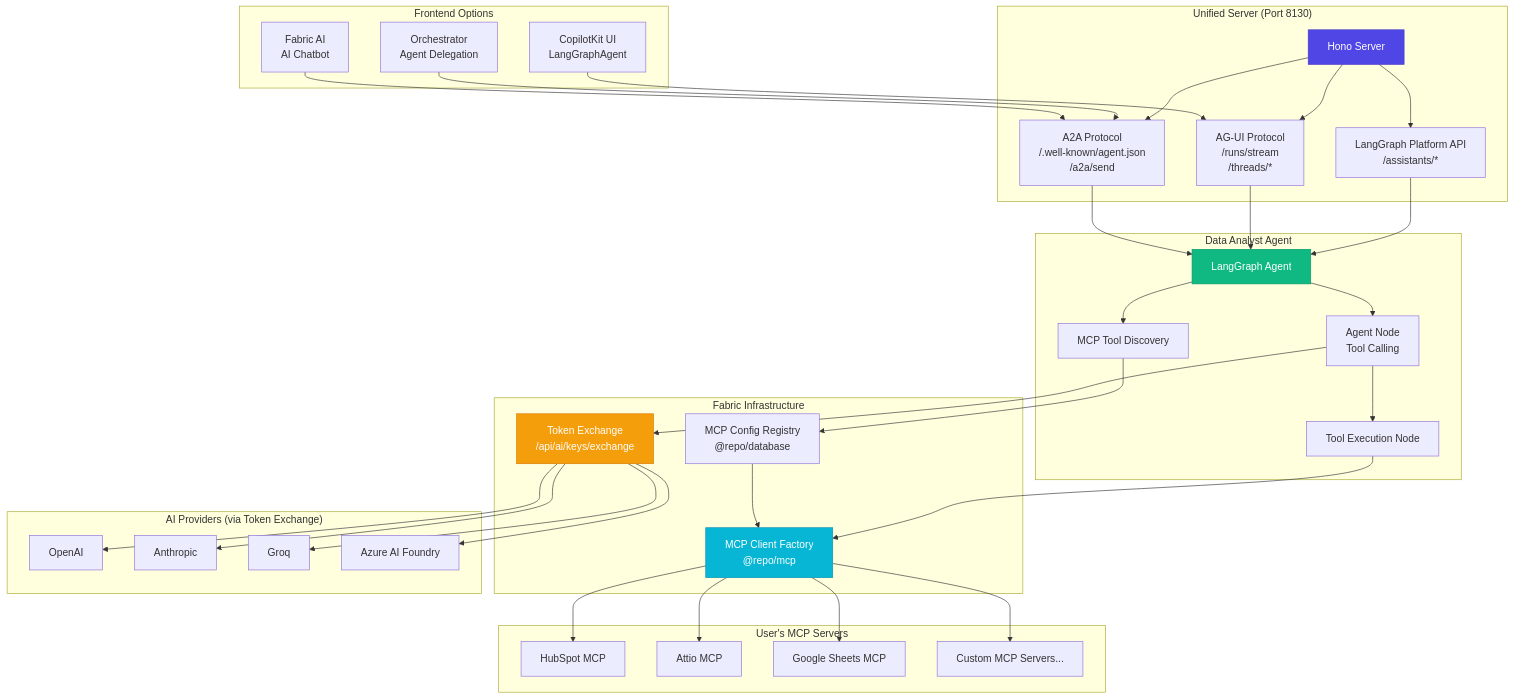
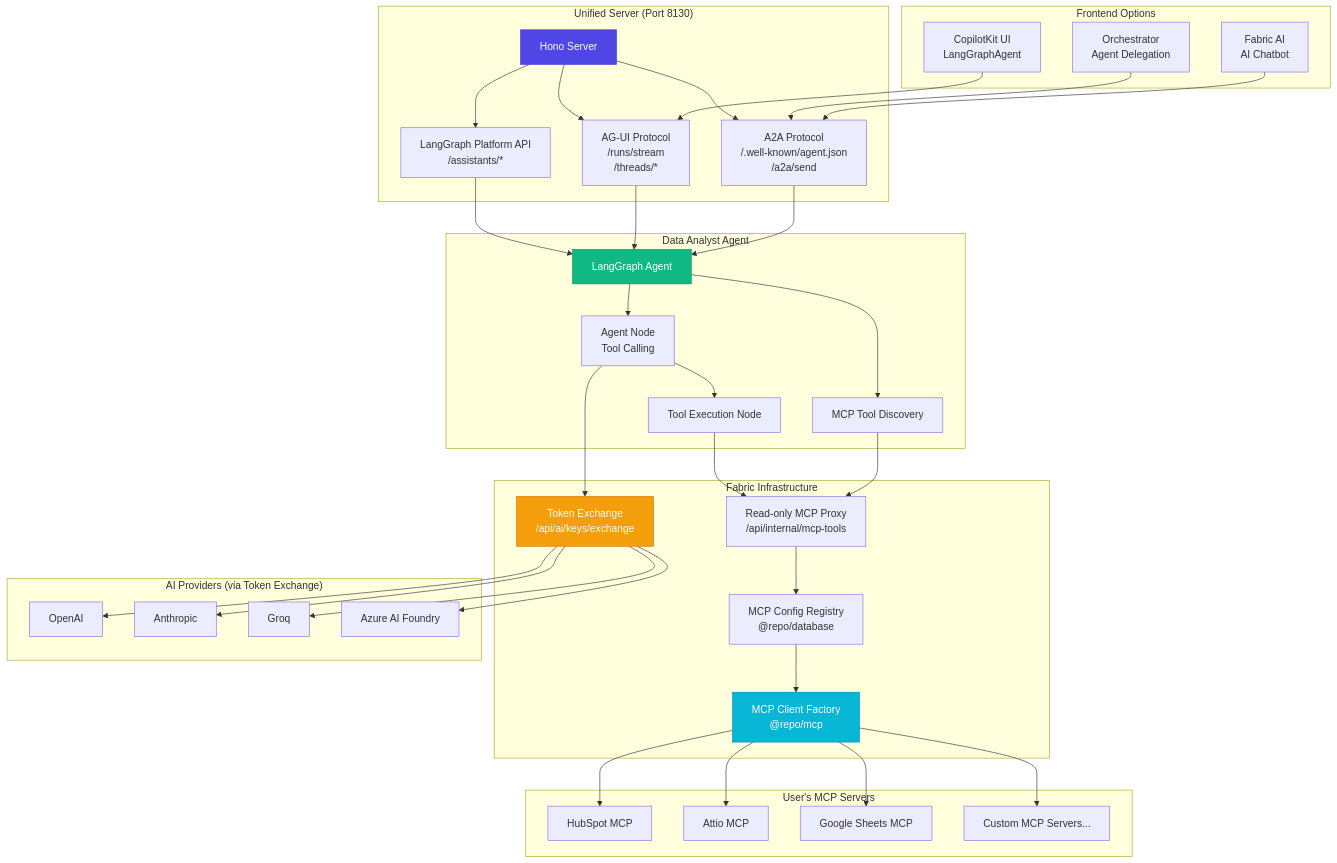
Before and after one commit to Fabric-Pro/fabric-oss: the diagram in agents/langchain/data-analyst/ARCHITECTURE-FABRIC.md, drawn with Mermaid. The commit also changed other lines of this file and 992 other files, not shown here.

````diff
--- a/agents/langchain/data-analyst/ARCHITECTURE-FABRIC.md
+++ b/agents/langchain/data-analyst/ARCHITECTURE-FABRIC.md
@@ -15,79 +20,81 @@
 ```mermaid
 graph TB
     subgraph "Frontend Options"
         CopilotKit[CopilotKit UI<br/>LangGraphAgent]
         FabricAI[Fabric AI<br/>AI Chatbot]
         Orchestrator[Orchestrator<br/>Agent Delegation]
     end
 
     subgraph "Unified Server (Port 8130)"
         UnifiedServer[Hono Server]
         A2A[A2A Protocol<br/>/.well-known/agent.json<br/>/a2a/send]
         AGUI[AG-UI Protocol<br/>/runs/stream<br/>/threads/*]
         LangGraphAPI[LangGraph Platform API<br/>/assistants/*]
     end
 
     subgraph "Data Analyst Agent"
         Graph[LangGraph Agent]
         ToolDiscovery[MCP Tool Discovery]
         AgentNode[Agent Node<br/>Tool Calling]
         ToolNode[Tool Execution Node]
     end
 
     subgraph "Fabric Infrastructure"
         TokenExchange[Token Exchange<br/>/api/ai/keys/exchange]
+        MCPProxy[Read-only MCP Proxy<br/>/api/internal/mcp-tools]
         MCPRegistry[MCP Config Registry<br/>@repo/database]
         MCPClient[MCP Client Factory<br/>@repo/mcp]
     end
 
     subgraph "User's MCP Servers"
         HubSpot[HubSpot MCP]
         Attio[Attio MCP]
         GoogleSheets[Google Sheets MCP]
         Custom[Custom MCP Servers...]
     end
 
     subgraph "AI Providers (via Token Exchange)"
         OpenAI[OpenAI]
         Anthropic[Anthropic]
         Groq[Groq]
         Azure[Azure AI Foundry]
     end
 
     %% Frontend to Server
     CopilotKit --> AGUI
     FabricAI --> A2A
     Orchestrator --> A2A
 
     %% Server to Agent
     UnifiedServer --> A2A
     UnifiedServer --> AGUI
     UnifiedServer --> LangGraphAPI
     A2A --> Graph
     AGUI --> Graph
     LangGraphAPI --> Graph
 
     %% Agent Flow
     Graph --> ToolDiscovery
-    ToolDiscovery --> MCPRegistry
+    ToolDiscovery --> MCPProxy
+    MCPProxy --> MCPRegistry
     MCPRegistry --> MCPClient
     MCPClient --> HubSpot
     MCPClient --> Attio
     MCPClient --> GoogleSheets
     MCPClient --> Custom
 
     Graph --> AgentNode
     AgentNode --> TokenExchange
     TokenExchange --> OpenAI
     TokenExchange --> Anthropic
     TokenExchange --> Groq
     TokenExchange --> Azure
 
     AgentNode --> ToolNode
-    ToolNode --> MCPClient
+    ToolNode --> MCPProxy
 
     style UnifiedServer fill:#4f46e5,stroke:#4338ca,color:#fff
     style Graph fill:#10b981,stroke:#059669,color:#fff
     style TokenExchange fill:#f59e0b,stroke:#d97706,color:#fff
     style MCPClient fill:#06b6d4,stroke:#0891b2,color:#fff
 ```
````
